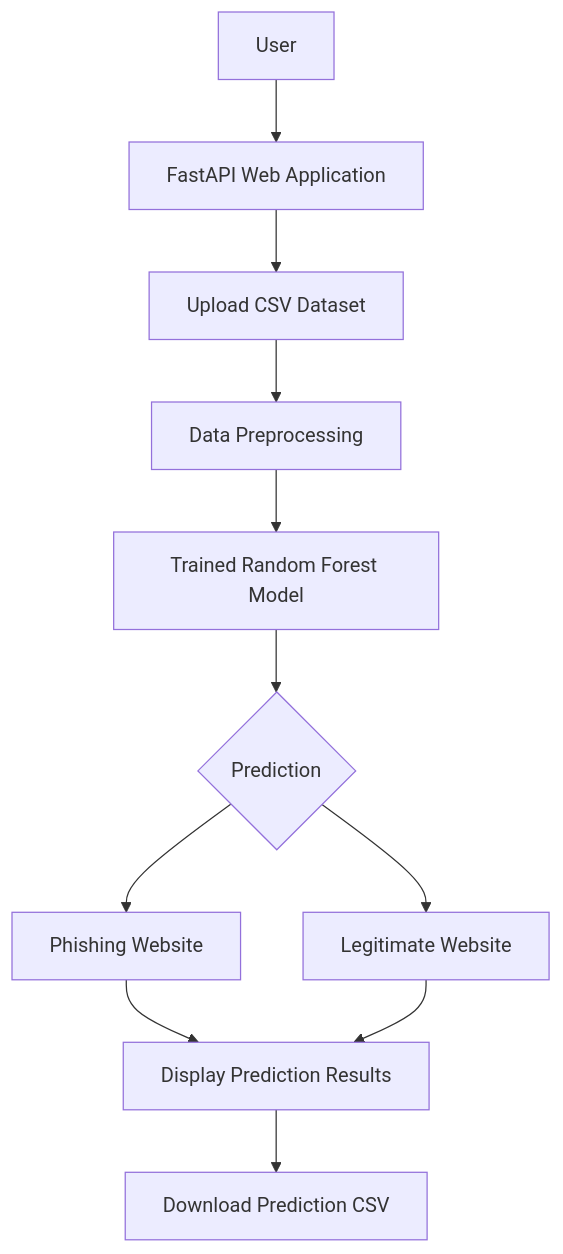
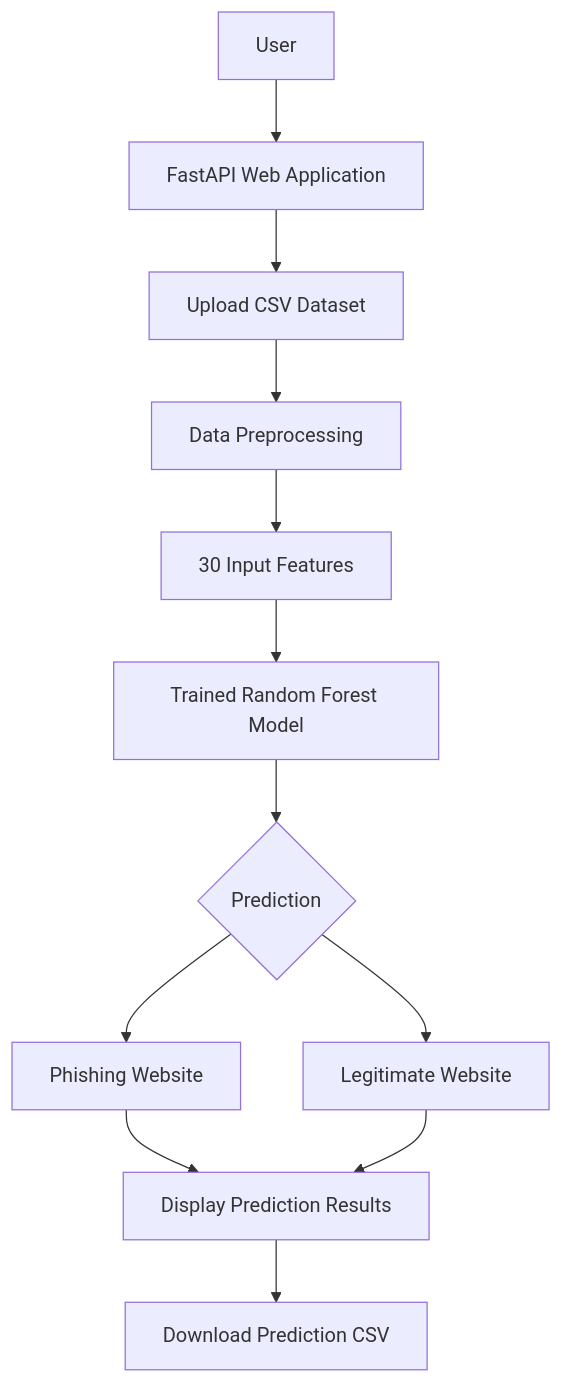
One commit to Ravinuthala-Venkata-Siva-Prasad/Network-Security changed the first of 2 diagrams in README.md. Above: the diagram before and after it, drawn with Mermaid. The commit also changed other lines of this file, not shown here.

````diff
--- a/README.md
+++ b/README.md
@@ -83,13 +119,24 @@
 ```mermaid
 flowchart TD
     A[User] --> B[FastAPI Web Application]
+
     B --> C[Upload CSV Dataset]
+
     C --> D[Data Preprocessing]
-    D --> E[Trained Random Forest Model]
-    E --> F{Prediction}
-    F --> G[Phishing Website]
-    F --> H[Legitimate Website]
-    G --> I[Display Prediction Results]
-    H --> I
-    I --> J[Download Prediction CSV]
+
+    D --> E[30 Input Features]
+
+    E --> F[Trained Random Forest Model]
+
+    F --> G{Prediction}
+
+    G --> H[Phishing Website]
+
+    G --> I[Legitimate Website]
+
+    H --> J[Display Prediction Results]
+
+    I --> J
+
+    J --> K[Download Prediction CSV]
 ```
````
